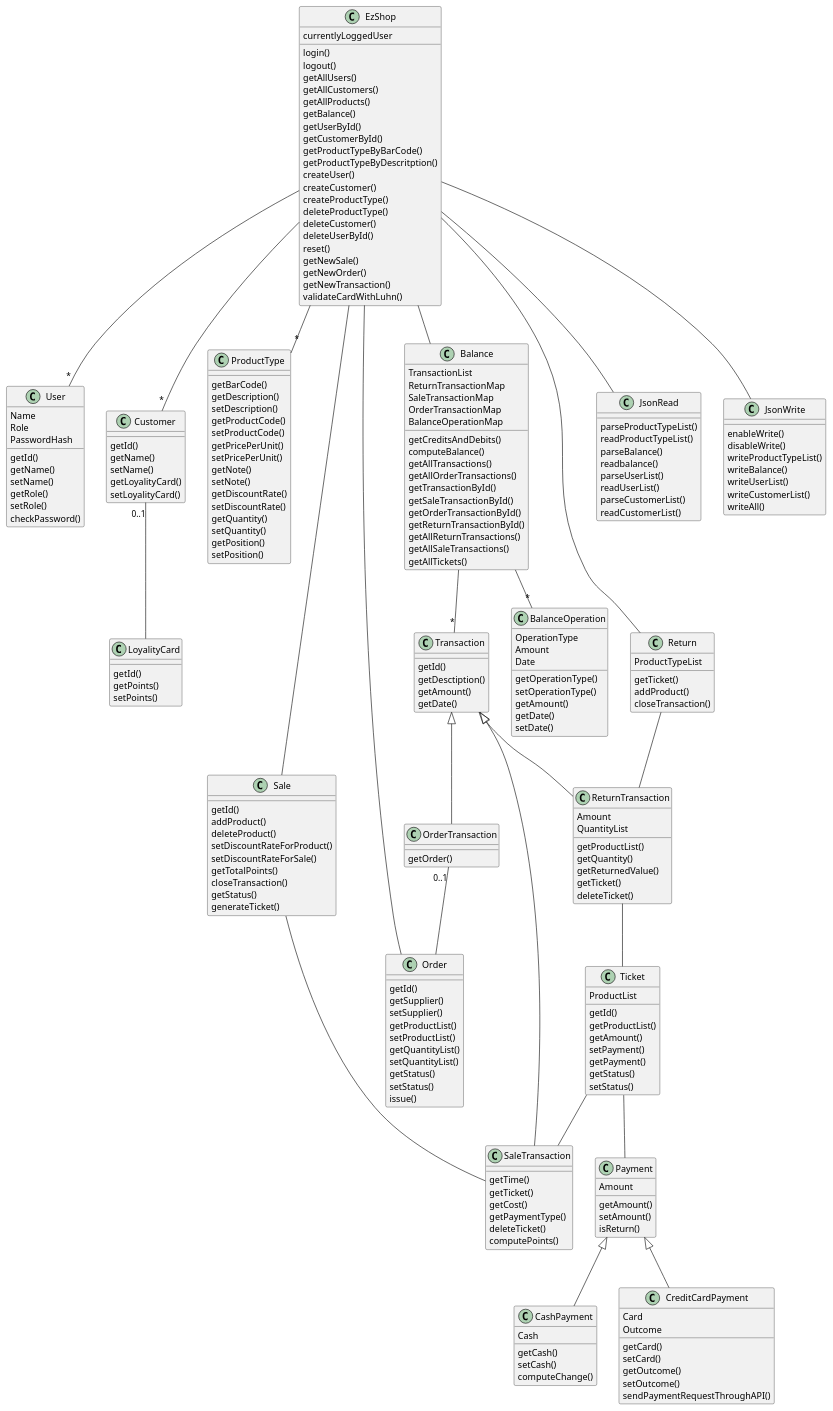
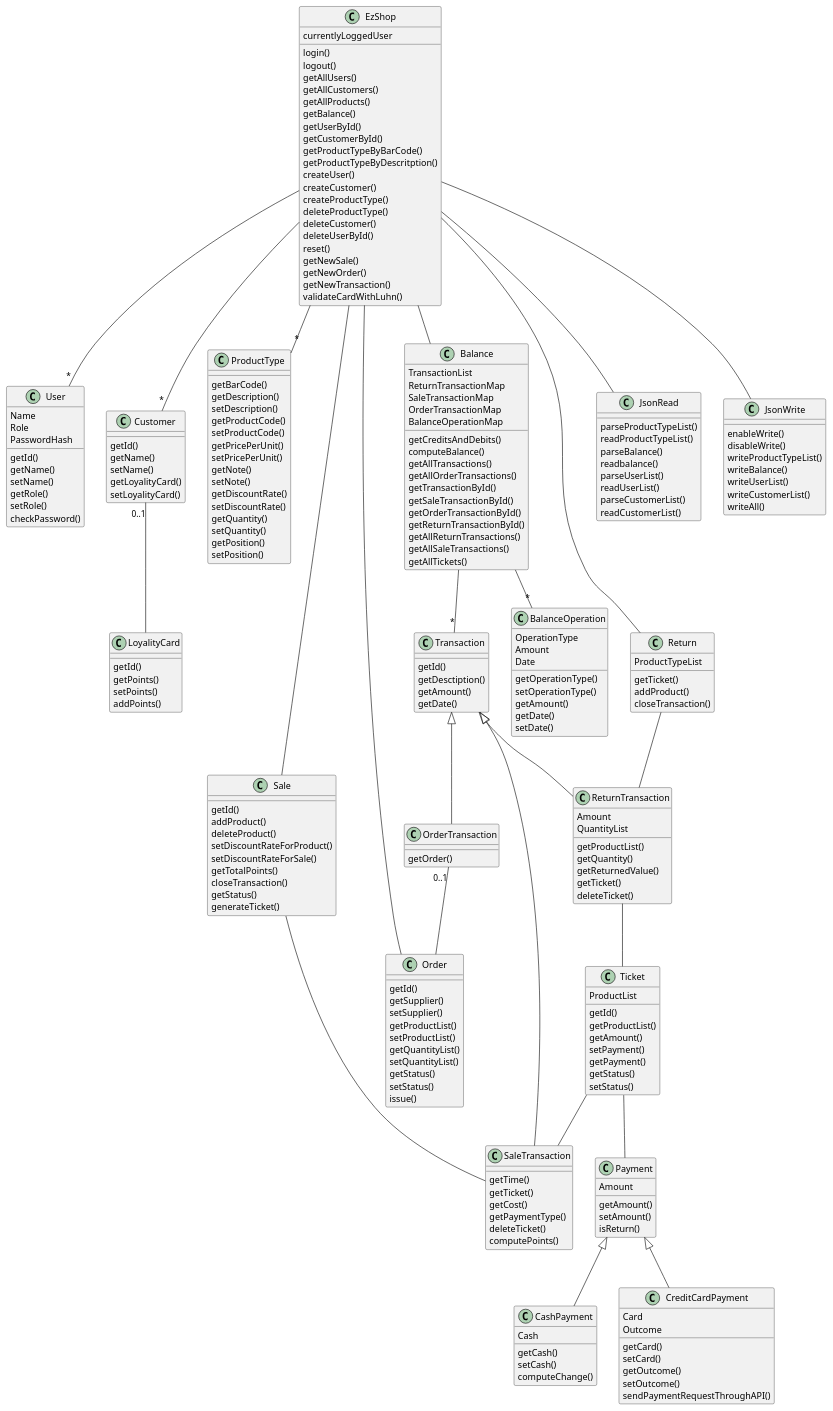
One commit to paolotron/EzshoProject31 changed the second of 3 diagrams in Deliverables/DesignDocument.md. Above: the diagram before and after it, drawn with PlantUML.

```diff
--- a/Deliverables/DesignDocument.md
+++ b/Deliverables/DesignDocument.md
@@ -103,6 +103,7 @@
     getId()
     getPoints()
     setPoints()
+    addPoints()
 }
 class ProductType{
     getBarCode()
```
